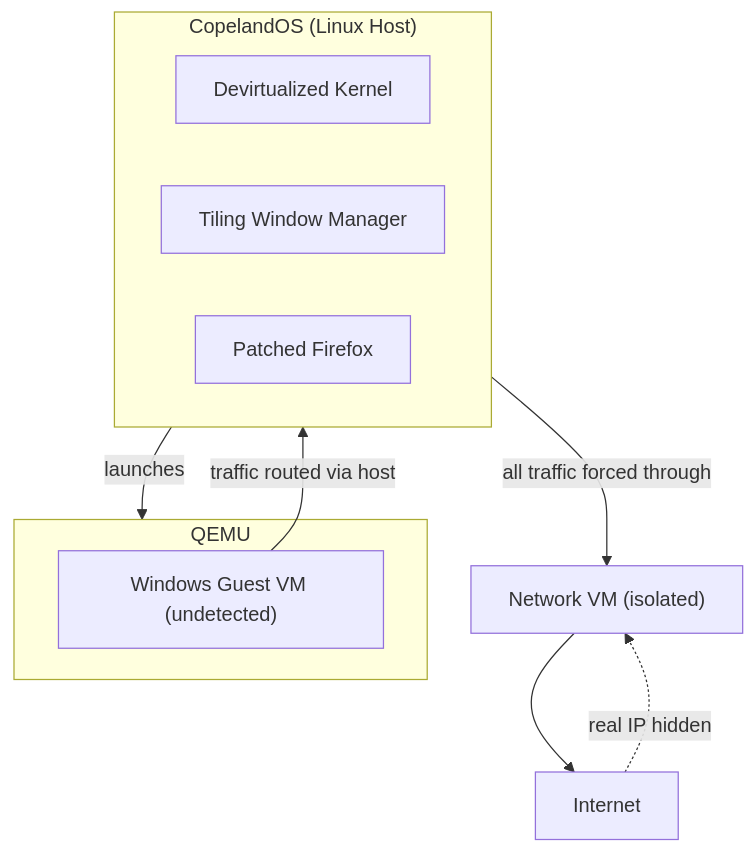
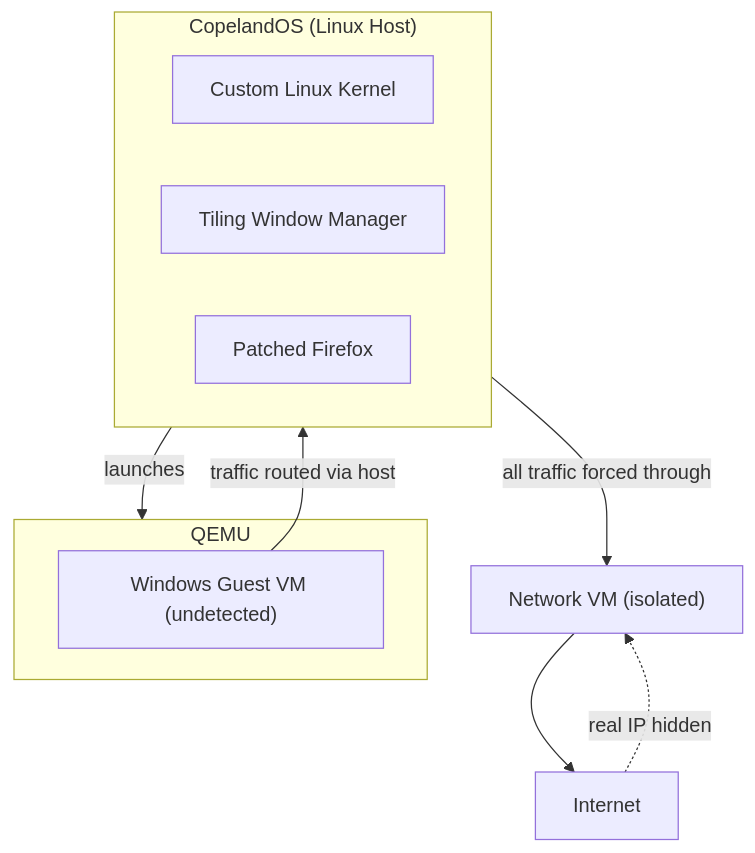
The diagram in README.md (devirtz/copeland-os), drawn with Mermaid before and after one commit.

Commit message:
Just clairity between us

````diff
--- a/README.md
+++ b/README.md
@@ -45,21 +45,21 @@
 ```mermaid
 graph TD
     subgraph CopelandOS["CopelandOS (Linux Host)"]
-        KERNEL[Devirtualized Kernel]
+        KERNEL[Custom Linux Kernel]
         TWM[Tiling Window Manager]
         FIREFOX[Patched Firefox]
     end
 
     subgraph QEMU
         WIN["Windows Guest VM (undetected)"]
     end
 
     NET["Network VM (isolated)"]
     INTERNET[Internet]
 
     CopelandOS -->|"launches"| QEMU
     CopelandOS -->|"all traffic forced through"| NET
     WIN -->|"traffic routed via host"| CopelandOS
     NET --> INTERNET
     INTERNET -.->|"real IP hidden"| NET
 ```
````
